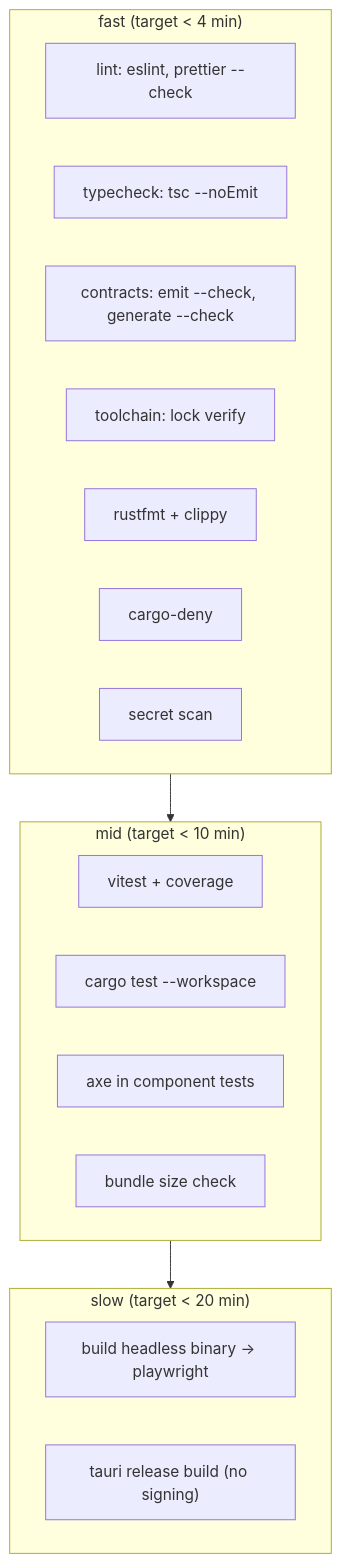
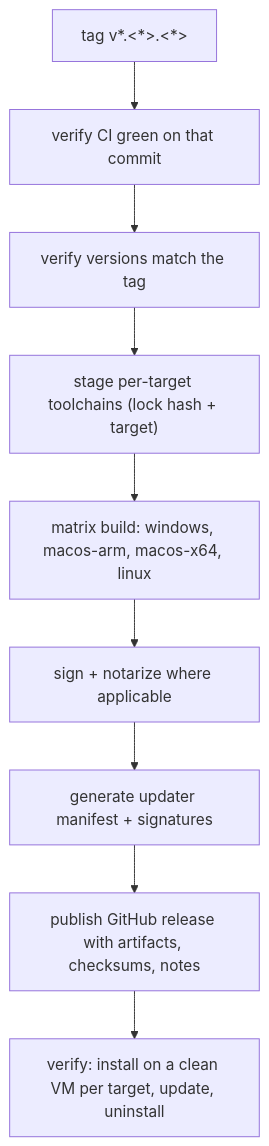
The second of 2 diagrams in docs/plan/05-ci.md (Av1ation-Association/Av1ation-Station), drawn with Mermaid before and after one commit. The commit also changed other lines of this file and 283 other files, not shown here.

````diff
--- a/docs/plan/05-ci.md
+++ b/docs/plan/05-ci.md
@@ -35,23 +342,11 @@
 ```mermaid
 flowchart TB
-    subgraph fast["fast (target < 4 min)"]
-        L["lint: eslint, prettier --check"]
-        T["typecheck: tsc --noEmit"]
-        C["contracts: emit --check, generate --check"]
-        TC["toolchain: lock verify"]
-        R["rustfmt + clippy"]
-        D["cargo-deny"]
-        S["secret scan"]
-    end
-    subgraph mid["mid (target < 10 min)"]
-        UT["vitest + coverage"]
-        RT["cargo test --workspace"]
-        A11Y["axe in component tests"]
-        BUD["bundle size check"]
-    end
-    subgraph slow["slow (target < 20 min)"]
-        E2E["build headless binary → playwright"]
-        RB["tauri release build (no signing)"]
-    end
-    fast --> mid --> slow
+    A["tag v*.<*>.<*>"] --> B["verify CI green on that commit"]
+    B --> C["verify versions match the tag"]
+    C --> TC["stage per-target toolchains (lock hash + target)"]
+    TC --> D["matrix build: windows, macos-arm, macos-x64, linux"]
+    D --> E["sign + notarize where applicable"]
+    E --> F["generate updater manifest + signatures"]
+    F --> G["publish GitHub release with artifacts, checksums, notes"]
+    G --> H["verify: install on a clean VM per target, update, uninstall"]
 ```
````
